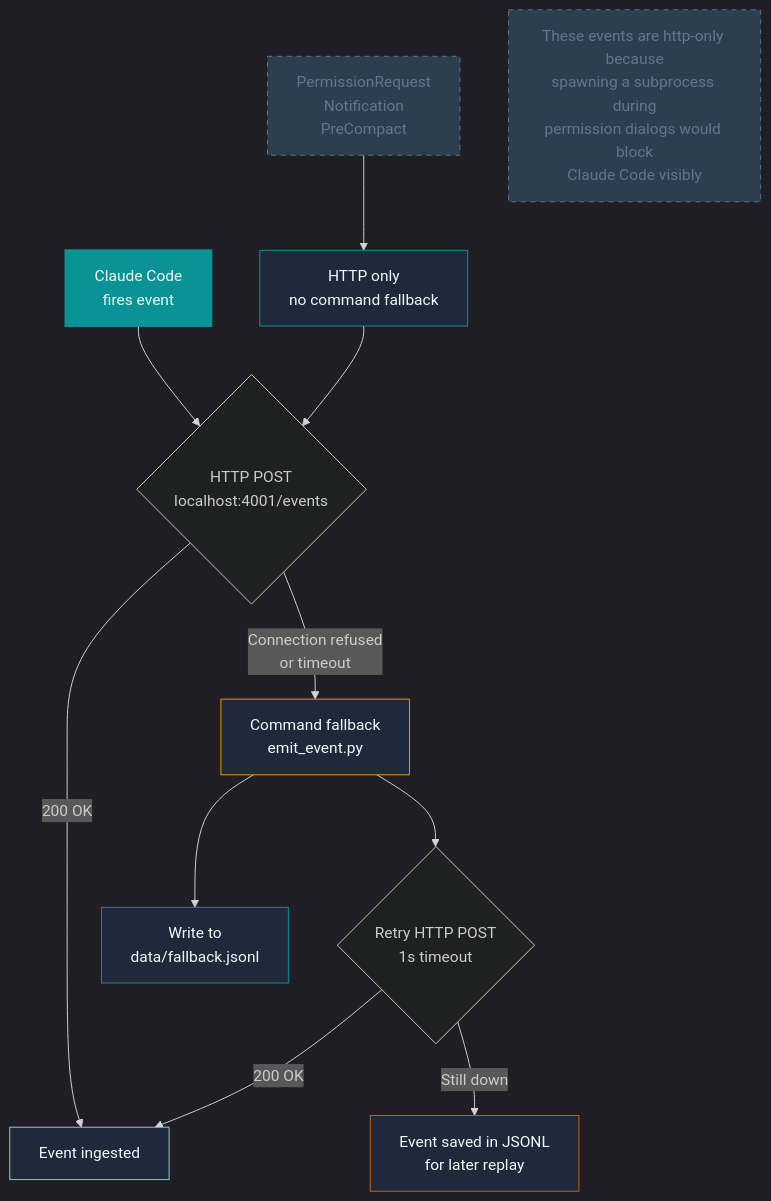
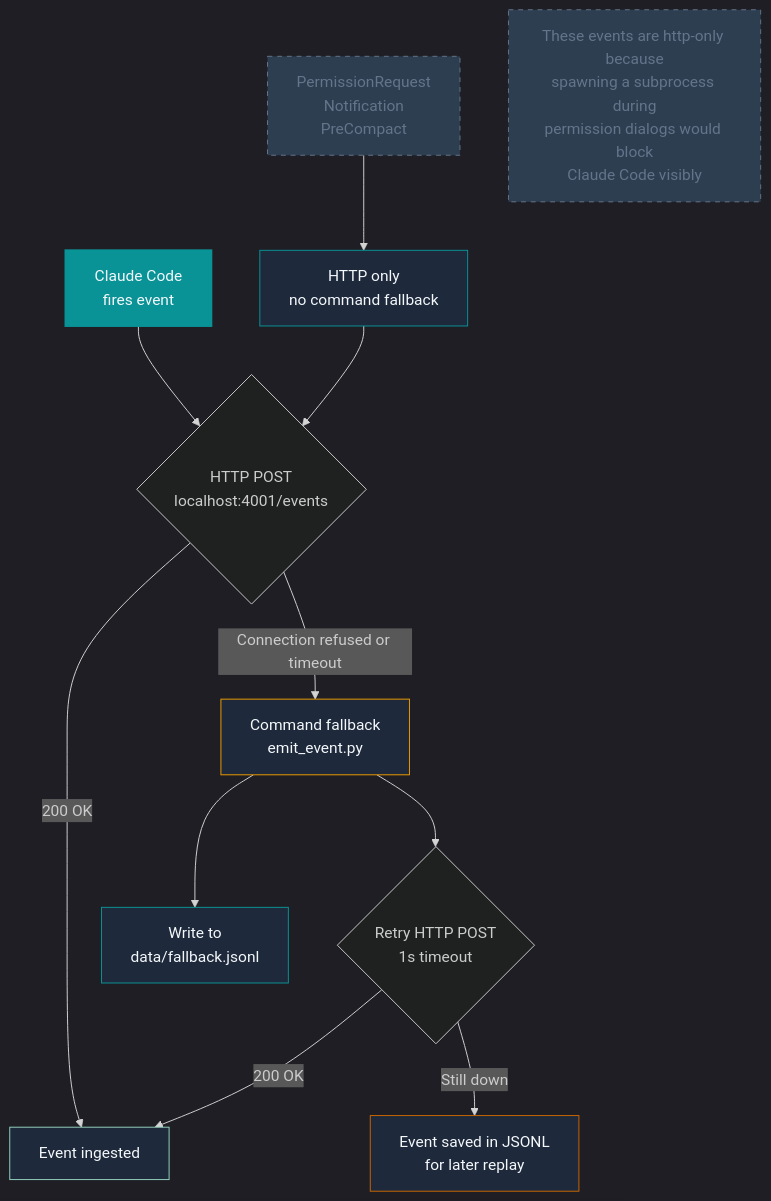
Before and after one commit to halcyondude/observable-claude: the fourth of 4 diagrams in docs/architecture.md, drawn with Mermaid. The commit also changed other lines of this file and 7 other files, not shown here.

First line of the commit message:
fix: Mermaid diagrams — replace \n with br tags for GitHub rendering

````diff
--- a/docs/architecture.md
+++ b/docs/architecture.md
@@ -231,28 +231,28 @@
 ```mermaid
 %%{init: {'theme': 'dark'}}%%
 flowchart TD
-    EVENT["Claude Code\nfires event"]:::primary
+    EVENT["Claude Code<br/>fires event"]:::primary
 
-    EVENT --> HTTP{"HTTP POST\nlocalhost:4001/events"}
+    EVENT --> HTTP{"HTTP POST<br/>localhost:4001/events"}
 
     HTTP -->|"200 OK"| DONE["Event ingested"]:::success
-    HTTP -->|"Connection refused\nor timeout"| CMD["Command fallback\nemit_event.py"]:::fallback
+    HTTP -->|"Connection refused or timeout"| CMD["Command fallback<br/>emit_event.py"]:::fallback
 
-    CMD --> JSONL["Write to\ndata/fallback.jsonl"]:::step
-    CMD --> RETRY{"Retry HTTP POST\n1s timeout"}
+    CMD --> JSONL["Write to<br/>data/fallback.jsonl"]:::step
+    CMD --> RETRY{"Retry HTTP POST<br/>1s timeout"}
 
     RETRY -->|"200 OK"| DONE
-    RETRY -->|"Still down"| SAVED["Event saved in JSONL\nfor later replay"]:::warn
+    RETRY -->|"Still down"| SAVED["Event saved in JSONL<br/>for later replay"]:::warn
 
-    NOTE1["PermissionRequest\nNotification\nPreCompact"]:::note --> HTTP_ONLY["HTTP only\nno command fallback"]:::step
+    NOTE1["PermissionRequest<br/>Notification<br/>PreCompact"]:::note --> HTTP_ONLY["HTTP only<br/>no command fallback"]:::step
     HTTP_ONLY --> HTTP
 
-    NOTE2["These events are http-only because\nspawning a subprocess during\npermission dialogs would block\nClaude Code visibly"]:::note
+    NOTE2["These events are http-only because<br/>spawning a subprocess during<br/>permission dialogs would block<br/>Claude Code visibly"]:::note
 
     classDef primary fill:#0A9396,stroke:#0A9396,color:#F4F8FB,stroke-width:2px
     classDef success fill:#1E293B,stroke:#94D2BD,color:#F4F8FB
     classDef step fill:#1E293B,stroke:#0A9396,color:#F4F8FB
     classDef fallback fill:#1E293B,stroke:#EE9B00,color:#F4F8FB
     classDef warn fill:#1E293B,stroke:#CA6702,color:#F4F8FB
     classDef note fill:#2D3E50,stroke:#64748B,color:#64748B,stroke-dasharray: 5 5
 ```
````
